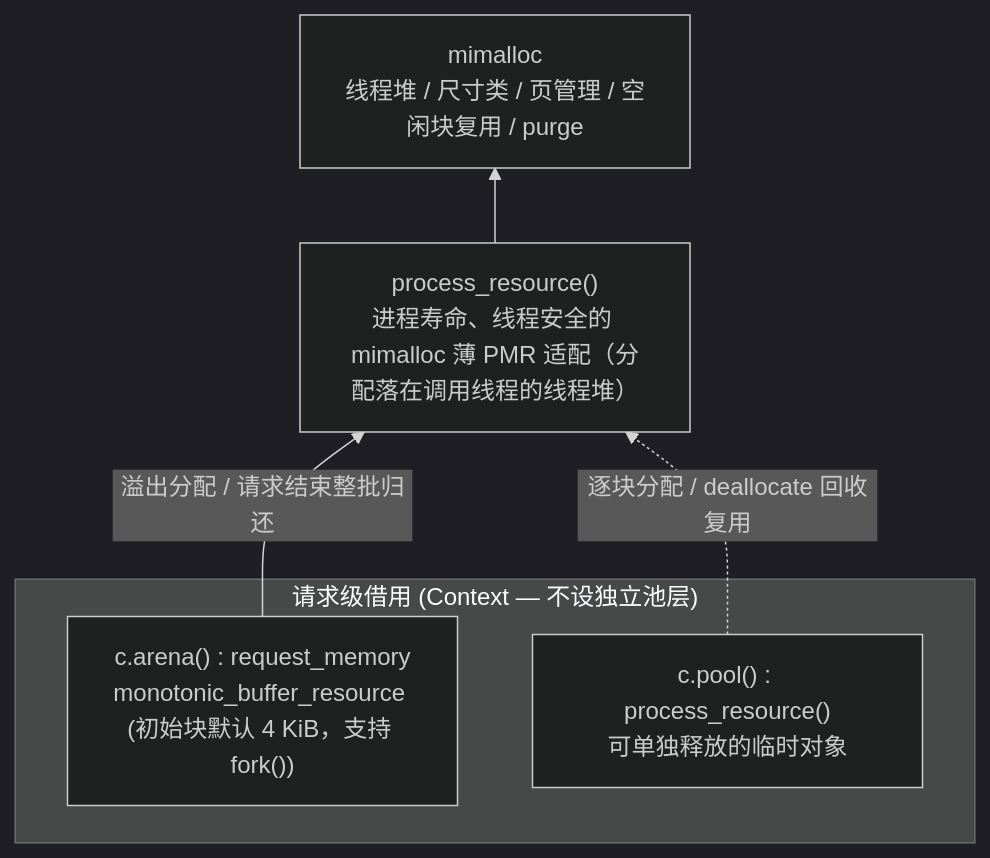
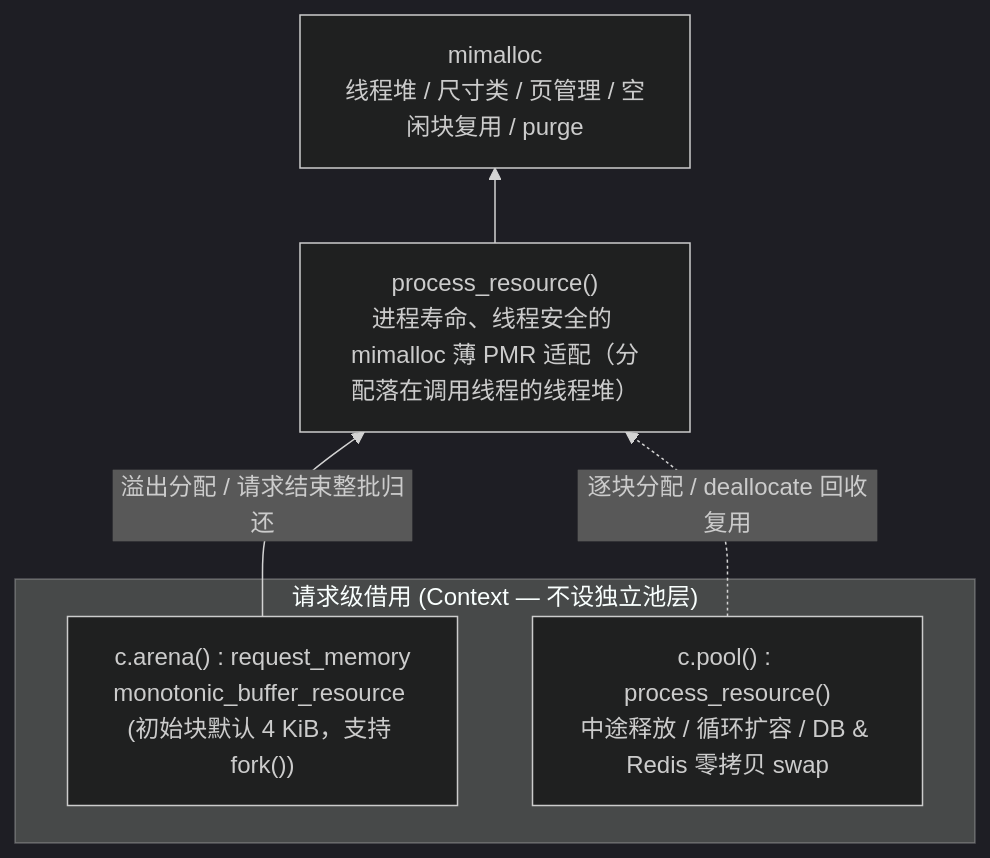
One commit to hyird/Ruvia changed the second of 4 diagrams in AGENTS.md. Above: the diagram before and after it, drawn with Mermaid (dark theme). The commit also changed other lines of this file, not shown here.

Commit message:
Deduplicate rules and diagram annotations across AGENTS.md

````diff
--- a/AGENTS.md
+++ b/AGENTS.md
@@ -78,13 +74,13 @@
 ```mermaid
 flowchart BT
     subgraph req ["请求级借用 (Context — 不设独立池层)"]
         arena["c.arena() : request_memory<br/>monotonic_buffer_resource (初始块默认 4 KiB，支持 fork())"]
-        temporary["c.pool() : process_resource()<br/>可单独释放的临时对象"]
+        temporary["c.pool() : process_resource()<br/>中途释放 / 循环扩容 / DB & Redis 零拷贝 swap"]
     end
     process["process_resource()<br/>进程寿命、线程安全的 mimalloc 薄 PMR 适配（分配落在调用线程的线程堆）"]
     allocator["mimalloc<br/>线程堆 / 尺寸类 / 页管理 / 空闲块复用 / purge"]
 
     arena -->|"溢出分配 / 请求结束整批归还"| process
     temporary -.->|"逐块分配 / deallocate 回收复用"| process
     process --> allocator
 ```
````
